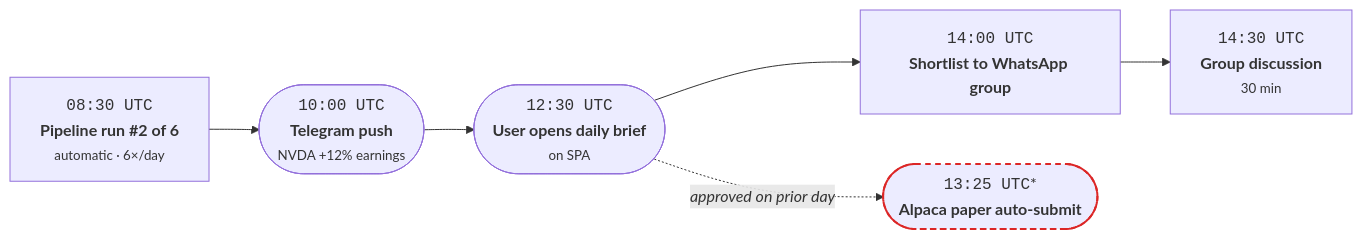
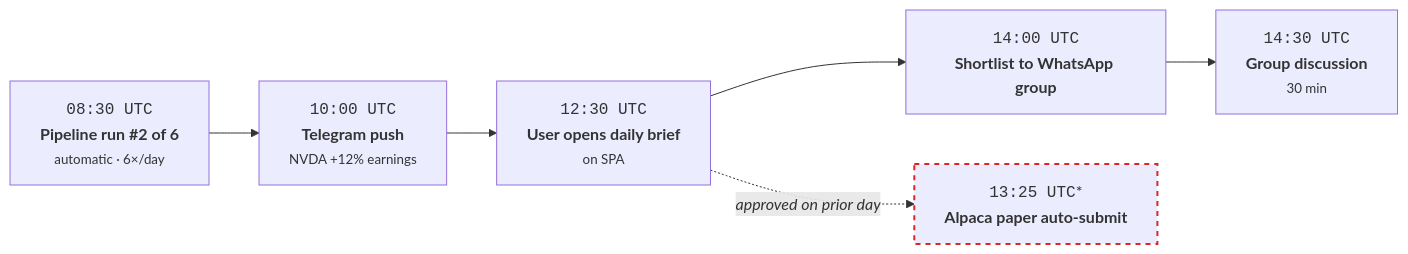
One commit to kamilpajak/AlphaLens changed the third of 3 diagrams in docs/research/alphalens_ideal_shape_2026_05_29.md. Above: the diagram before and after it, drawn with Mermaid. The commit also changed other lines of this file, not shown here.

````diff
--- a/docs/research/alphalens_ideal_shape_2026_05_29.md
+++ b/docs/research/alphalens_ideal_shape_2026_05_29.md
@@ -140,15 +140,15 @@
 ```mermaid
 flowchart LR
     T1["<code>08:30 UTC</code><br/><b>Pipeline run #2 of 6</b><br/><small>automatic · 6×/day</small>"]
-    T2(["<code>10:00 UTC</code><br/><b>Telegram push</b><br/><small>NVDA +12% earnings</small>"])
-    T3(["<code>12:30 UTC</code><br/><b>User opens daily brief</b><br/><small>on SPA</small>"])
+    T2["<code>10:00 UTC</code><br/><b>Telegram push</b><br/><small>NVDA +12% earnings</small>"]
+    T3["<code>12:30 UTC</code><br/><b>User opens daily brief</b><br/><small>on SPA</small>"]
     T4["<code>14:00 UTC</code><br/><b>Shortlist to WhatsApp group</b>"]
     T5["<code>14:30 UTC</code><br/><b>Group discussion</b><br/><small>30 min</small>"]
-    T6(["<code>13:25 UTC</code>*<br/><b>Alpaca paper auto-submit</b>"])
+    T6["<code>13:25 UTC</code>*<br/><b>Alpaca paper auto-submit</b>"]
 
     T1 --> T2 --> T3 --> T4 --> T5
     T3 -.->|"<i>approved on prior day</i>"| T6
 
     classDef antipattern stroke:#dc2626,stroke-width:2px,stroke-dasharray:5 5
     T6:::antipattern
 ```
````
